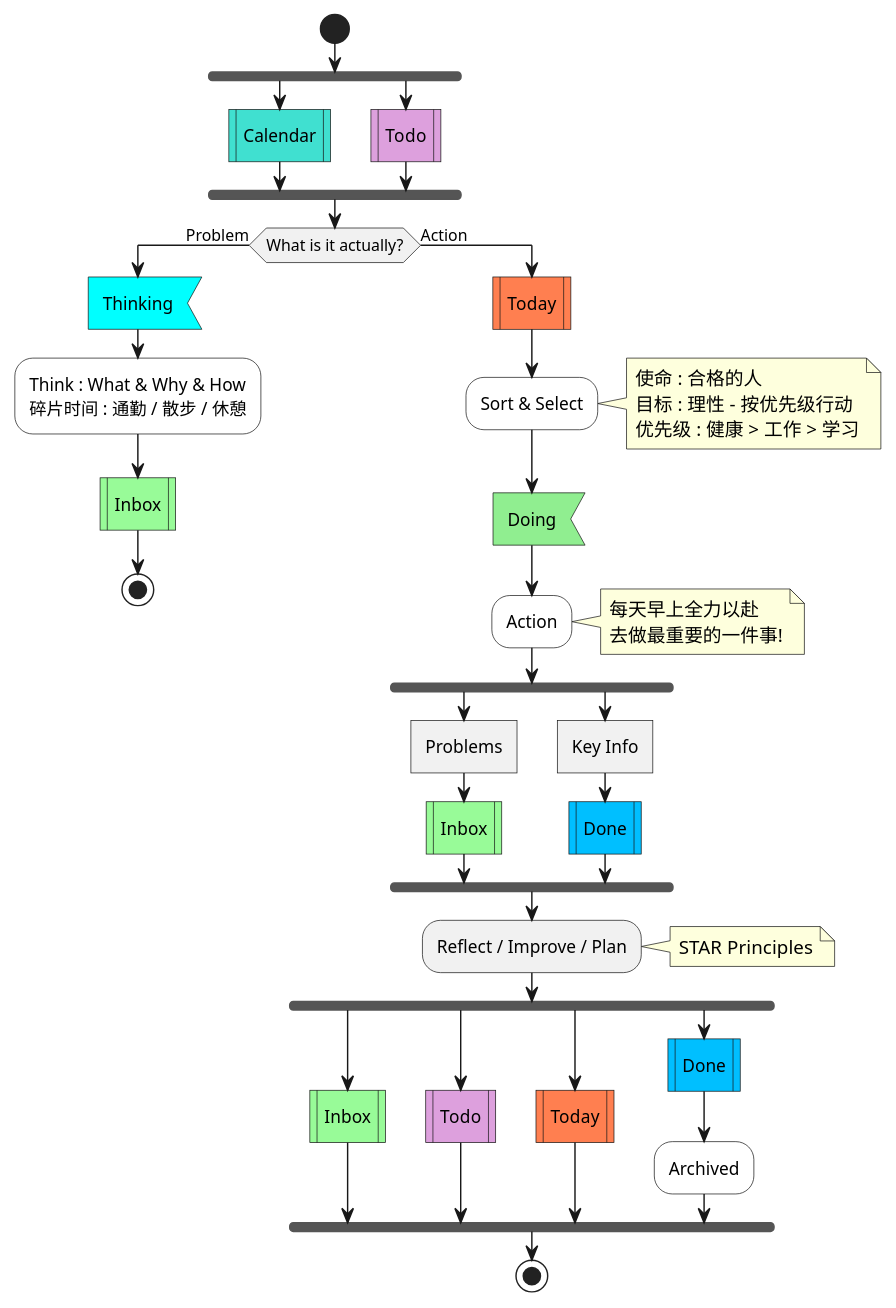
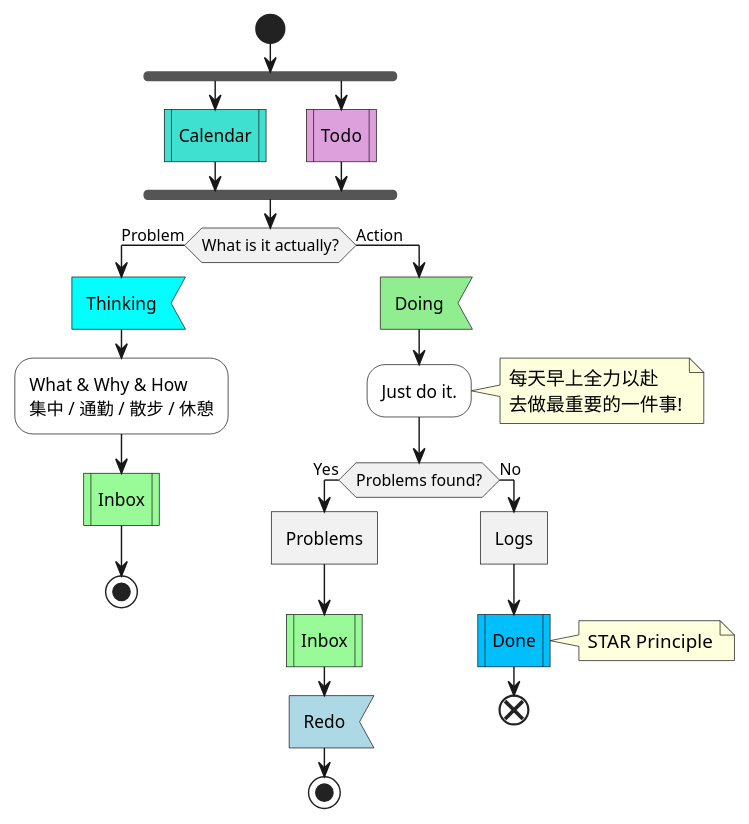
Before and after one commit to IceHe/icehe-lib: the eighth of 12 diagrams in snips/principles/gtd.md, drawn with PlantUML. The commit also changed other lines of this file, not shown here.

````diff
--- a/snips/principles/gtd.md
+++ b/snips/principles/gtd.md
@@ -240,44 +303,32 @@
 ```plantuml
 @startuml
 start
 fork
     #turquoise:Calendar|
 fork again
     #plum:Todo|
 end fork
 if (What is it actually?) then (Problem)
     #aqua:Thinking<
-    #white:Think : What & Why & How\n碎片时间 : 通勤 / 散步 / 休憩;
+    #white:What & Why & How\n集中 / 通勤 / 散步 / 休憩;
     'note right : What & Why & How
     #paleGreen:Inbox|
     stop
 else (Action)
-    #coral:Today|
-    #white:Sort & Select;
-    note right : 使命 : 合格的人 \n目标 : 理性 - 按优先级行动 \n优先级 : 健康 > 工作 > 学习
     #lightGreen:Doing<
-    #white:Action;
+    #white:Just do it.;
     note right : 每天早上全力以赴\n去做最重要的一件事!
-    fork
+    if (Problems found?) then (Yes)
         :Problems]
         #paleGreen:Inbox|
-    fork again
-        :Key Info]
+        #lightBlue:Redo<
+        stop
+    else (No)
+        :Logs]
         #deepSkyBlue:Done|
-    end fork
-    :Reflect / Improve / Plan;
-    note right : STAR Principles
-    fork
-        #paleGreen:Inbox|
-    fork again
-        #plum:Todo|
-    fork again
-        #coral:Today|
-    fork again
-        #deepSkyBlue:Done|
-        #white:Archived;
-    end fork
-    stop
+        note right : STAR Principle
+        end
+    endif
 endif
 @enduml
 ```
````
